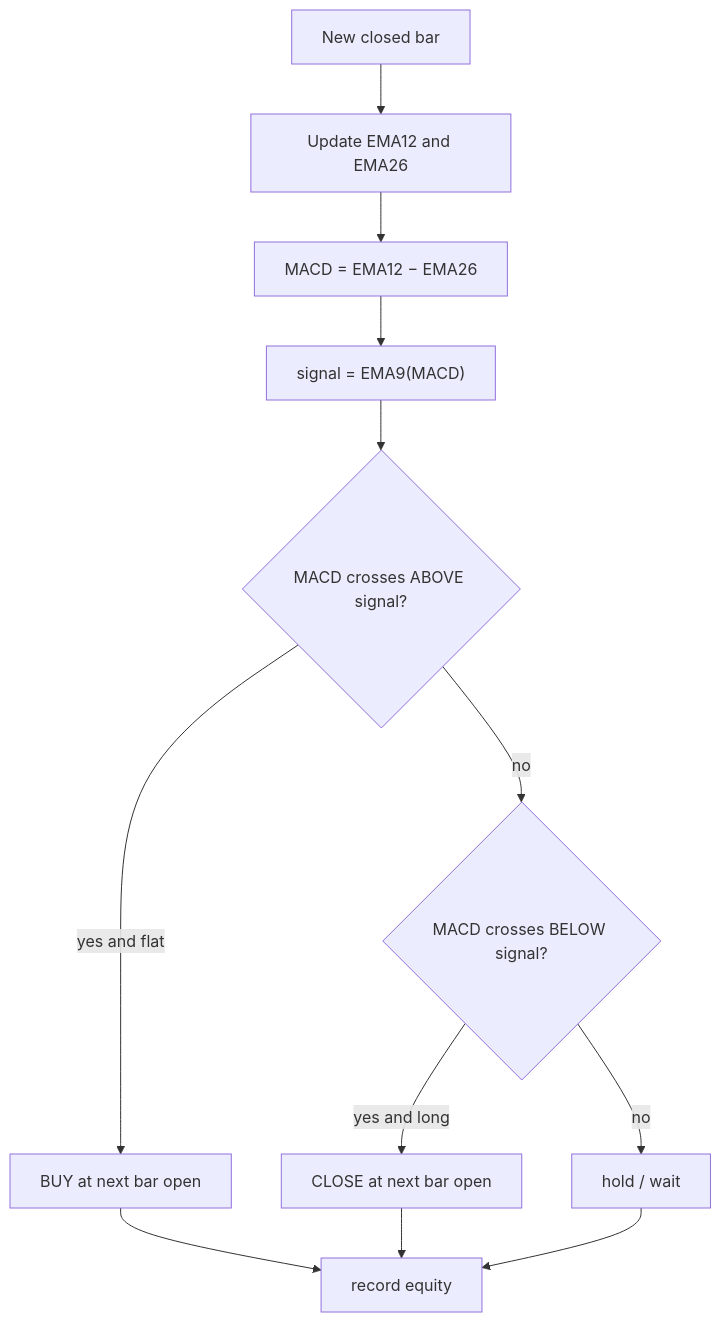
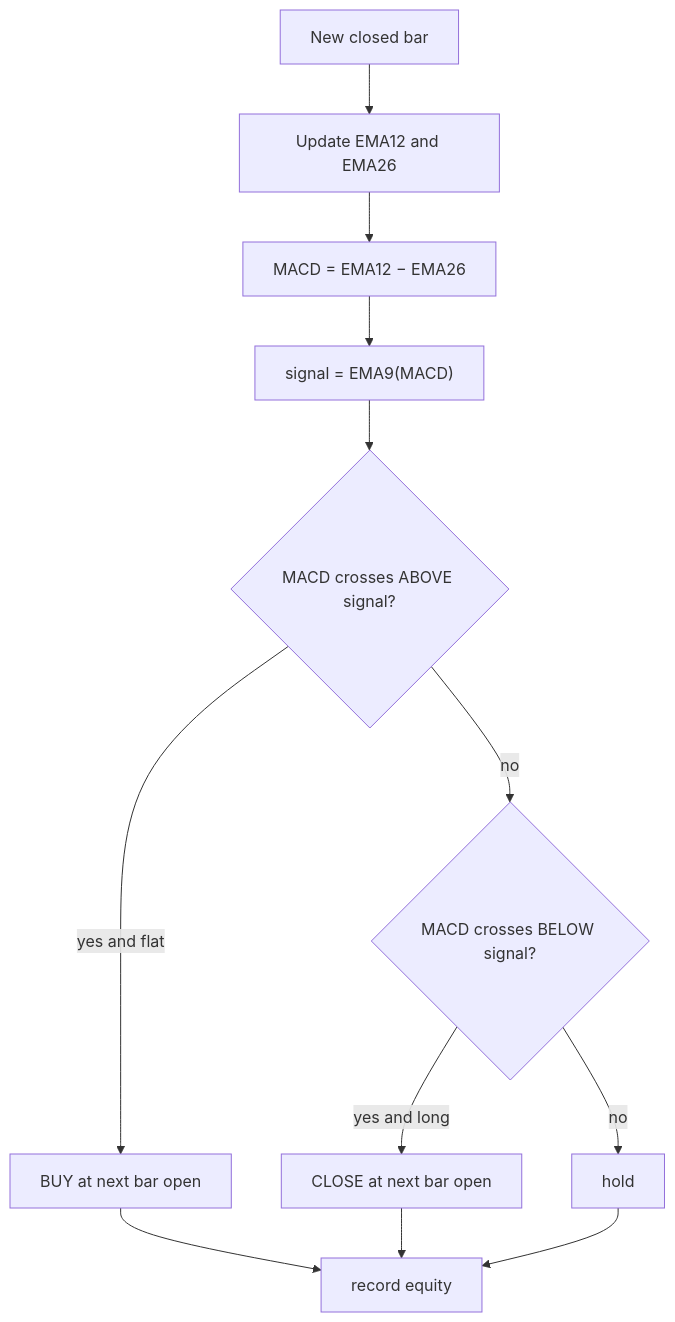
The first of 2 diagrams in README.md (guptabhishekumar/triangulate), drawn with Mermaid before and after one commit. The commit also changed other lines of this file, not shown here.

Commit message:
docs: refine README — cleaner flat badges, compact architecture diagram, tighter copy

````diff
--- a/README.md
+++ b/README.md
@@ -58,14 +61,14 @@
 ```mermaid
 flowchart TD
     A[New closed bar] --> B[Update EMA12 and EMA26]
     B --> C["MACD = EMA12 − EMA26"]
     C --> D["signal = EMA9(MACD)"]
     D --> E{"MACD crosses ABOVE signal?"}
     E -- "yes and flat" --> BUY["BUY at next bar open"]
     E -- no --> F{"MACD crosses BELOW signal?"}
     F -- "yes and long" --> SELL["CLOSE at next bar open"]
-    F -- no --> W[hold / wait]
+    F -- no --> W[hold]
     BUY --> Z[record equity]
     SELL --> Z
     W --> Z
 ```
````
